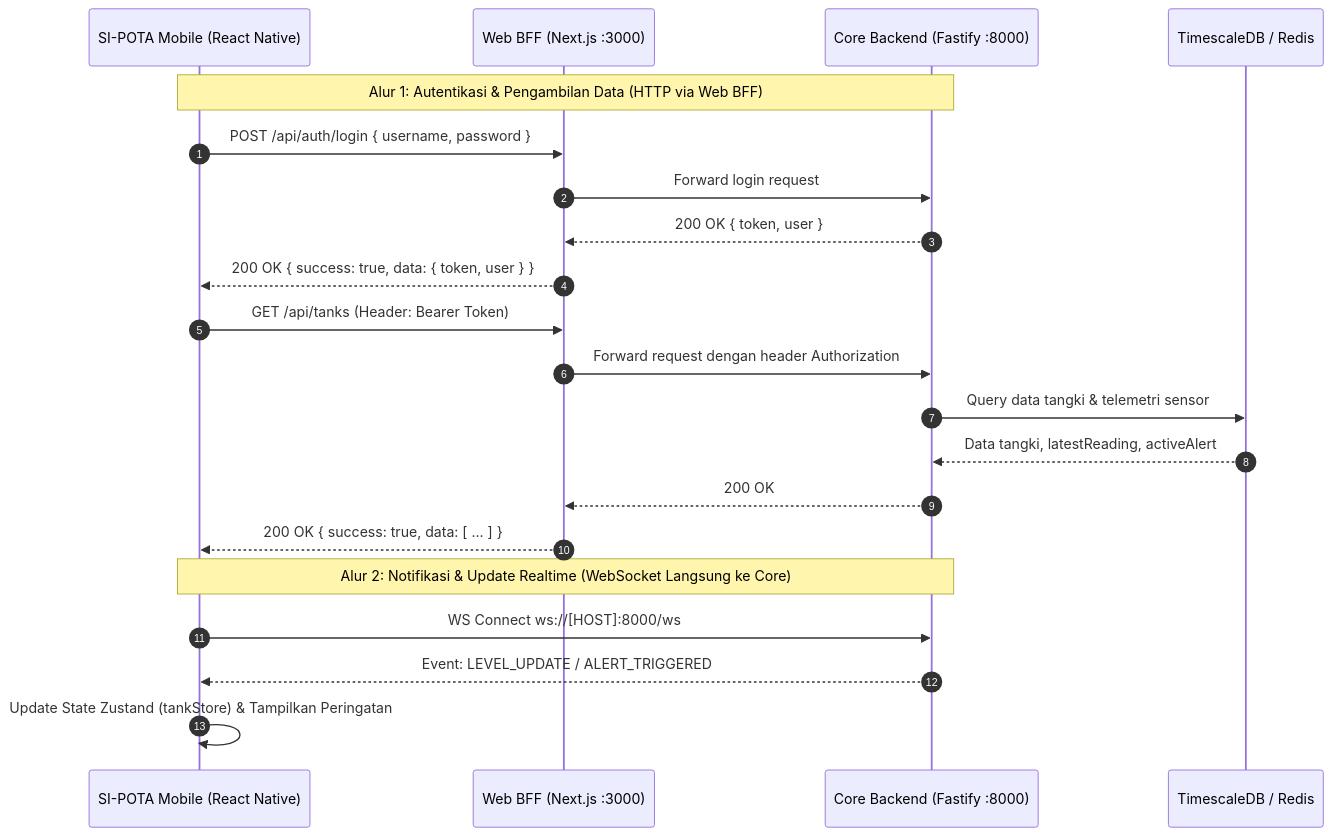
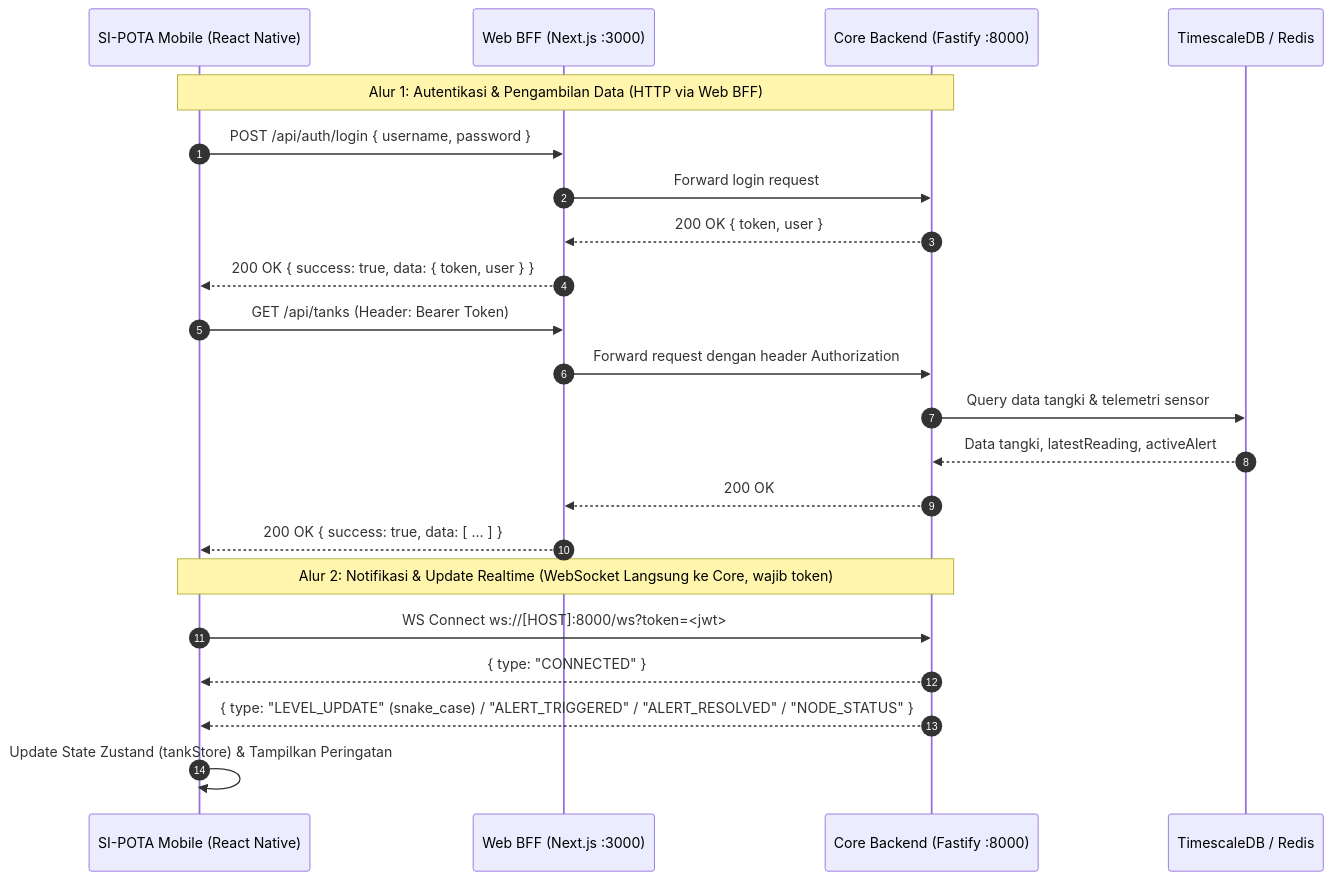
The diagram in README.md (PMLD-RSA/frontend-mobile-rsa-ugm), drawn with Mermaid before and after one commit. The commit also changed other lines of this file and 2 other files, not shown here.

Commit message:
docs: sync PRD-Mobile, PRD-MFE and README with core backend contract

````diff
--- a/README.md
+++ b/README.md
@@ -72,26 +74,27 @@
 ```mermaid
 sequenceDiagram
     autonumber
     participant Mobile as SI-POTA Mobile (React Native)
     participant BFF as Web BFF (Next.js :3000)
     participant Core as Core Backend (Fastify :8000)
     participant DB as TimescaleDB / Redis
 
     Note over Mobile,Core: Alur 1: Autentikasi & Pengambilan Data (HTTP via Web BFF)
     Mobile->>BFF: POST /api/auth/login { username, password }
     BFF->>Core: Forward login request
     Core-->>BFF: 200 OK { token, user }
     BFF-->>Mobile: 200 OK { success: true, data: { token, user } }
     
     Mobile->>BFF: GET /api/tanks (Header: Bearer Token)
     BFF->>Core: Forward request dengan header Authorization
     Core->>DB: Query data tangki & telemetri sensor
     DB-->>Core: Data tangki, latestReading, activeAlert
     Core-->>BFF: 200 OK
     BFF-->>Mobile: 200 OK { success: true, data: [ ... ] }
 
-    Note over Mobile,Core: Alur 2: Notifikasi & Update Realtime (WebSocket Langsung ke Core)
-    Mobile->>Core: WS Connect ws://[HOST]:8000/ws
-    Core-->>Mobile: Event: LEVEL_UPDATE / ALERT_TRIGGERED
+    Note over Mobile,Core: Alur 2: Notifikasi & Update Realtime (WebSocket Langsung ke Core, wajib token)
+    Mobile->>Core: WS Connect ws://[HOST]:8000/ws?token=<jwt>
+    Core-->>Mobile: { type: "CONNECTED" }
+    Core-->>Mobile: { type: "LEVEL_UPDATE" (snake_case) / "ALERT_TRIGGERED" / "ALERT_RESOLVED" / "NODE_STATUS" }
     Mobile->>Mobile: Update State Zustand (tankStore) & Tampilkan Peringatan
 ```
````
